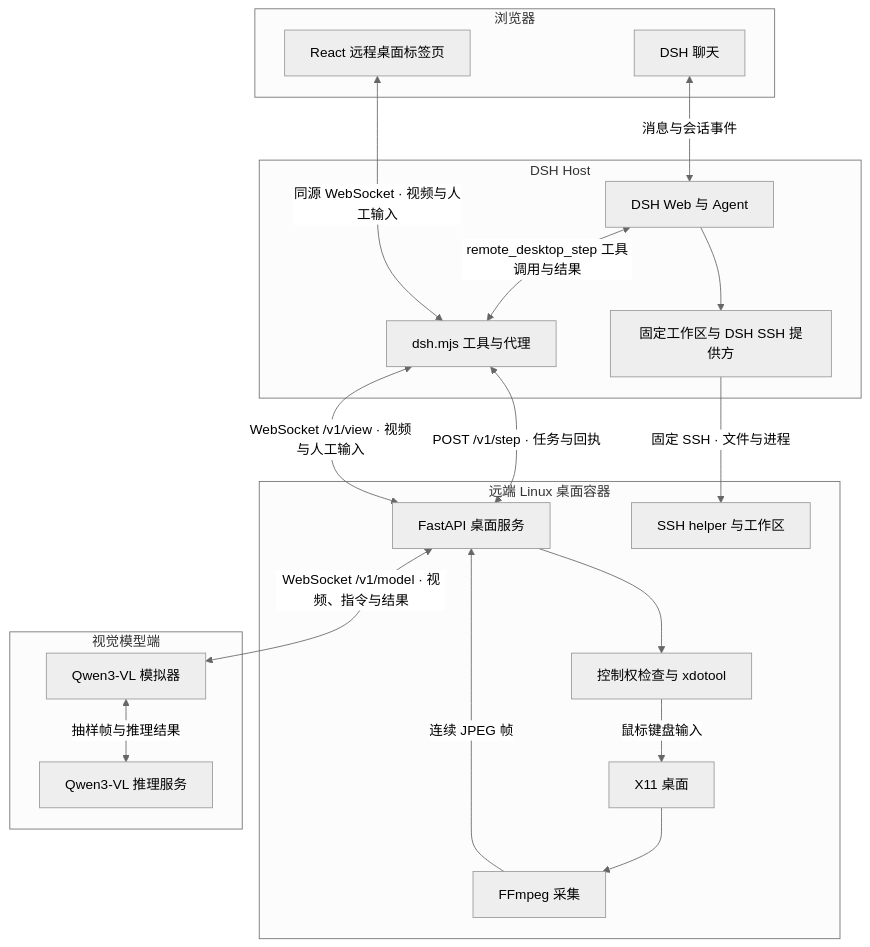
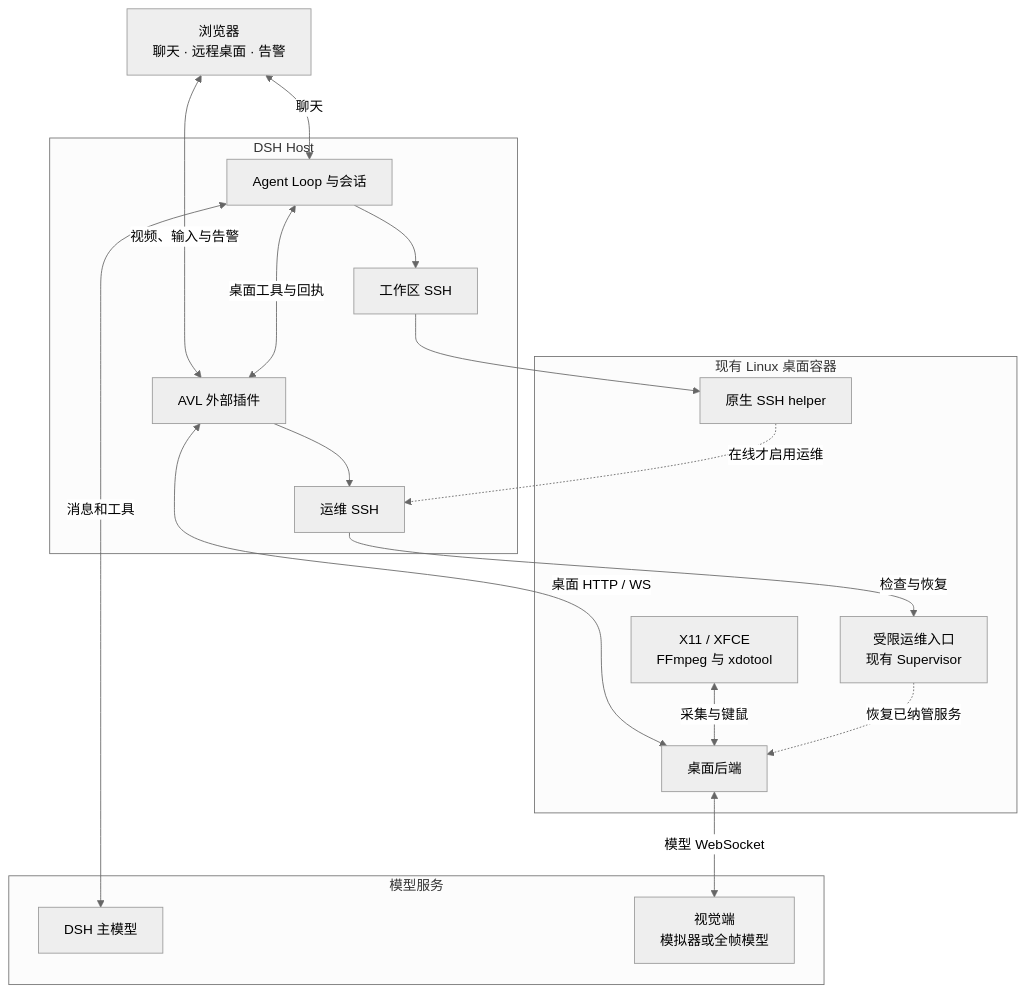
Before and after one commit to tang576225574/avl-computer-use: the first of 4 diagrams in docs/architecture.md, drawn with Mermaid (neutral theme). The commit also changed other lines of this file and 22 other files, not shown here.

````diff
--- a/docs/architecture.md
+++ b/docs/architecture.md
@@ -5,38 +7,32 @@
 ```mermaid
 flowchart TB
-    subgraph Browser[浏览器]
-        Chat[DSH 聊天]
-        Panel[React 远程桌面标签页]
+    Browser["浏览器<br/>聊天 · 远程桌面 · 告警"]
+    subgraph Host["DSH Host"]
+        Agent["Agent Loop 与会话"]
+        Plugin["AVL 外部插件"]
+        Workspace["工作区 SSH"]
+        Ops["运维 SSH"]
+    end
+    subgraph Remote["现有 Linux 桌面容器"]
+        API["桌面后端"]
+        X11["X11 / XFCE<br/>FFmpeg 与 xdotool"]
+        Helper["原生 SSH helper"]
+        Supervisor["受限运维入口<br/>现有 Supervisor"]
+    end
+    subgraph Models["模型服务"]
+        Planner["DSH 主模型"]
+        Vision["视觉端<br/>模拟器或全帧模型"]
     end
 
-    subgraph Host[DSH Host]
-        Agent[DSH Web 与 Agent]
-        Plugin[dsh.mjs 工具与代理]
-        Workspace[固定工作区与 DSH SSH 提供方]
-    end
-
-    subgraph Remote[远端 Linux 桌面容器]
-        API[FastAPI 桌面服务]
-        Control[控制权检查与 xdotool]
-        X11[X11 桌面]
-        Capture[FFmpeg 采集]
-        SSH[SSH helper 与工作区]
-    end
-
-    subgraph Vision[视觉模型端]
-        Simulator[Qwen3-VL 模拟器]
-        Qwen[Qwen3-VL 推理服务]
-    end
-
-    Chat <-->|消息与会话事件| Agent
-    Agent <-->|remote_desktop_step 工具调用与结果| Plugin
-    Panel <-->|同源 WebSocket · 视频与人工输入| Plugin
-    Plugin <-->|POST /v1/step · 任务与回执| API
-    Plugin <-->|WebSocket /v1/view · 视频与人工输入| API
-    X11 --> Capture -->|连续 JPEG 帧| API
-    API <-->|WebSocket /v1/model · 视频、指令与结果| Simulator
-    Simulator <-->|抽样帧与推理结果| Qwen
-    API --> Control -->|鼠标键盘输入| X11
-    Agent --> Workspace
-    Workspace -->|固定 SSH · 文件与进程| SSH
+    Browser <-->|聊天| Agent
+    Browser <-->|视频、输入与告警| Plugin
+    Agent <-->|消息和工具| Planner
+    Agent <-->|桌面工具与回执| Plugin
+    Agent --> Workspace --> Helper
+    Plugin <-->|桌面 HTTP / WS| API
+    Helper -.->|在线才启用运维| Ops
+    Plugin --> Ops -->|检查与恢复| Supervisor
+    X11 <-->|采集与键鼠| API
+    API <-->|模型 WebSocket| Vision
+    Supervisor -.->|恢复已纳管服务| API
 ```
````
